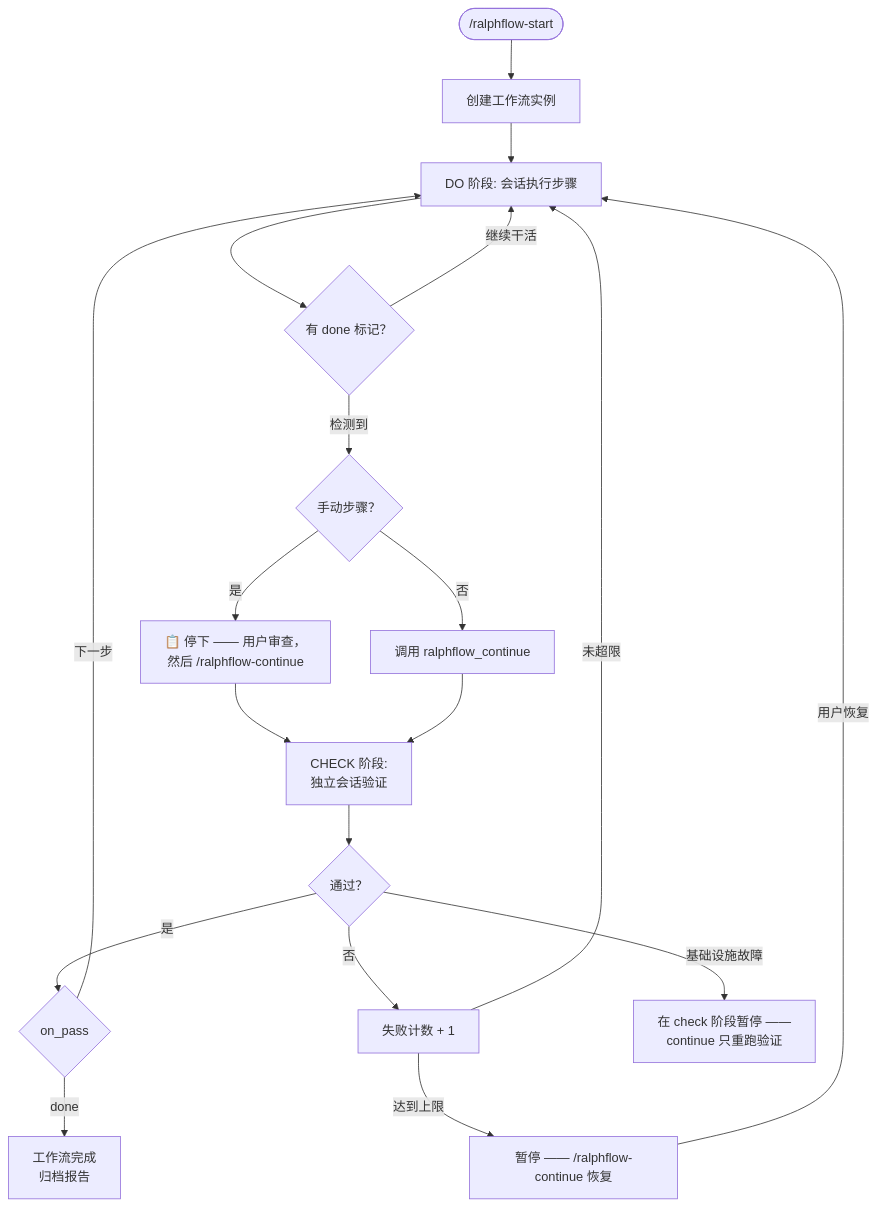
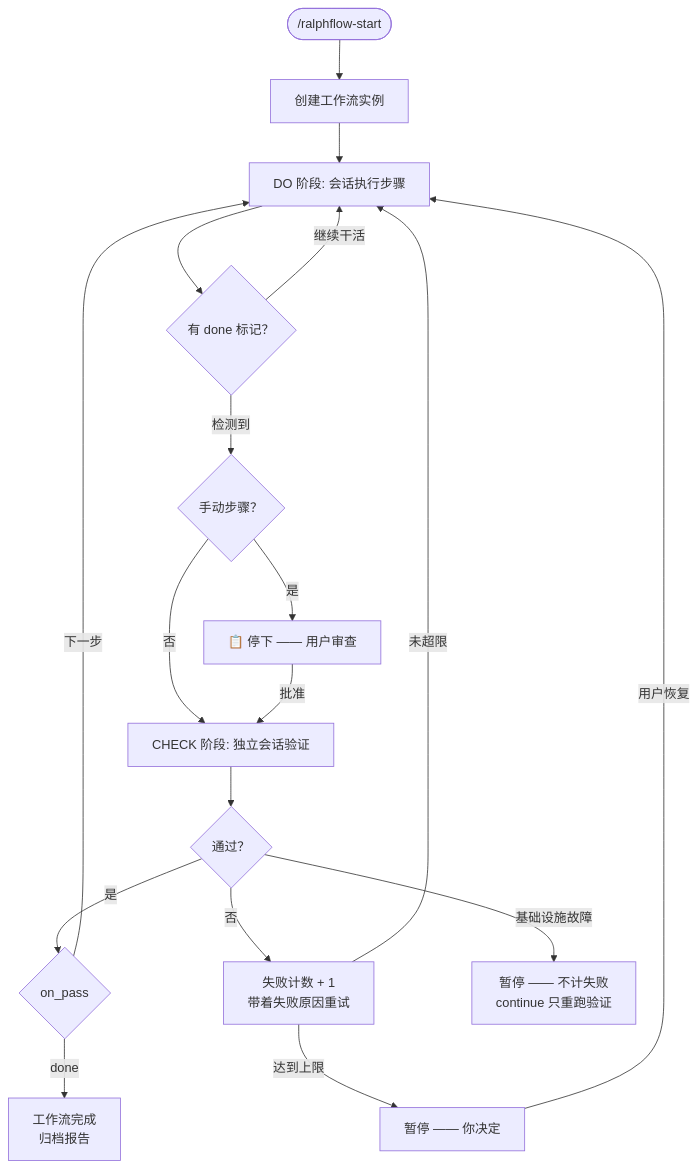
One commit to 534529531/ralph-flow changed the first of 3 diagrams in README.md. Above: the diagram before and after it, drawn with Mermaid. The commit also changed other lines of this file and 13 other files, not shown here.

````diff
--- a/README.md
+++ b/README.md
@@ -112,21 +23,20 @@
 ```mermaid
 flowchart TD
     Start(["/ralphflow-start"]) --> Inst["创建工作流实例"]
     Inst --> DO["DO 阶段: 会话执行步骤"]
     DO --> DoneTag{"有 done 标记？"}
     DoneTag -->|"继续干活"| DO
     DoneTag -->|"检测到"| Manual{"手动步骤？"}
-    Manual -->|"是"| Review["📋 停下 —— 用户审查，<br/>然后 /ralphflow-continue"]
-    Manual -->|"否"| Continue["调用 ralphflow_continue"]
-    Review --> CHECK
-    Continue --> CHECK["CHECK 阶段:<br/>独立会话验证"]
+    Manual -->|"是"| Review["📋 停下 —— 用户审查"]
+    Manual -->|"否"| CHECK["CHECK 阶段: 独立会话验证"]
+    Review -->|"批准"| CHECK
     CHECK --> Pass{"通过？"}
     Pass -->|"是"| Next{"on_pass"}
-    Pass -->|"否"| Fail["失败计数 + 1"]
-    Pass -->|"基础设施故障"| Infra["在 check 阶段暂停 ——<br/>continue 只重跑验证"]
+    Pass -->|"否"| Fail["失败计数 + 1<br/>带着失败原因重试"]
+    Pass -->|"基础设施故障"| Infra["暂停 —— 不计失败<br/>continue 只重跑验证"]
     Next -->|"下一步"| DO
     Next -->|"done"| Complete["工作流完成<br/>归档报告"]
     Fail -->|"未超限"| DO
-    Fail -->|"达到上限"| Pause["暂停 —— /ralphflow-continue 恢复"]
+    Fail -->|"达到上限"| Pause["暂停 —— 你决定"]
     Pause -->|"用户恢复"| DO
 ```
````
